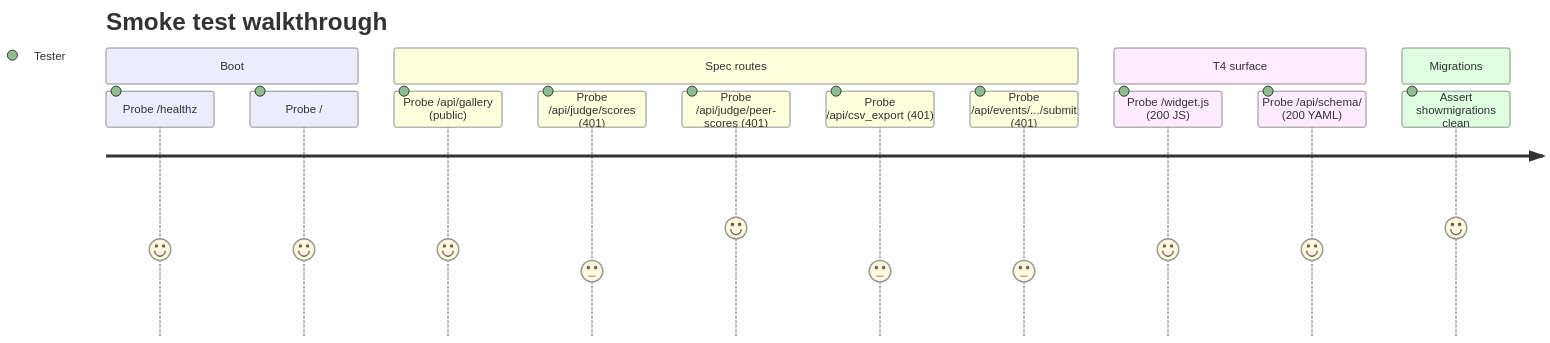
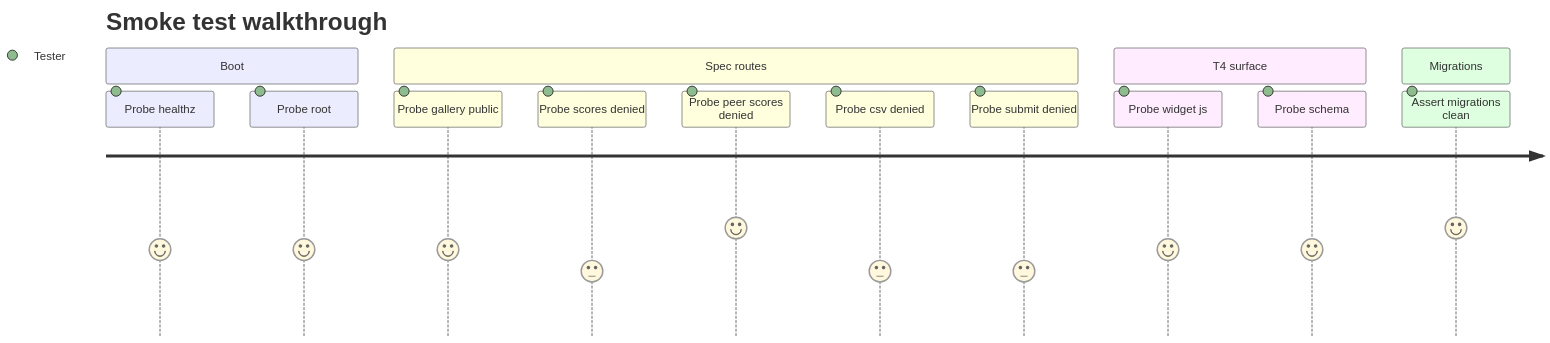
The diagram in docs/TESTING-SMOKE.md (choksi2212/dogfood-hackathon), drawn with Mermaid before and after one commit. The commit also changed 20 other files, not shown here.

First line of the commit message:
Fix mermaid parse errors across 21 docs

````diff
--- a/docs/TESTING-SMOKE.md
+++ b/docs/TESTING-SMOKE.md
@@ -21,18 +21,18 @@
 ```mermaid
 journey
     title Smoke test walkthrough
     section Boot
-      Probe /healthz: 4: Tester
-      Probe /: 4: Tester
+      Probe healthz: 4: Tester
+      Probe root: 4: Tester
     section Spec routes
-      Probe /api/gallery (public): 4: Tester
-      Probe /api/judge/scores (401): 3: Tester
-      Probe /api/judge/peer-scores (401): 5: Tester
-      Probe /api/csv_export (401): 3: Tester
-      Probe /api/events/.../submit (401): 3: Tester
+      Probe gallery public: 4: Tester
+      Probe scores denied: 3: Tester
+      Probe peer scores denied: 5: Tester
+      Probe csv denied: 3: Tester
+      Probe submit denied: 3: Tester
     section T4 surface
-      Probe /widget.js (200 JS): 4: Tester
-      Probe /api/schema/ (200 YAML): 4: Tester
+      Probe widget js: 4: Tester
+      Probe schema: 4: Tester
     section Migrations
-      Assert showmigrations clean: 5: Tester
+      Assert migrations clean: 5: Tester
 ```
````
